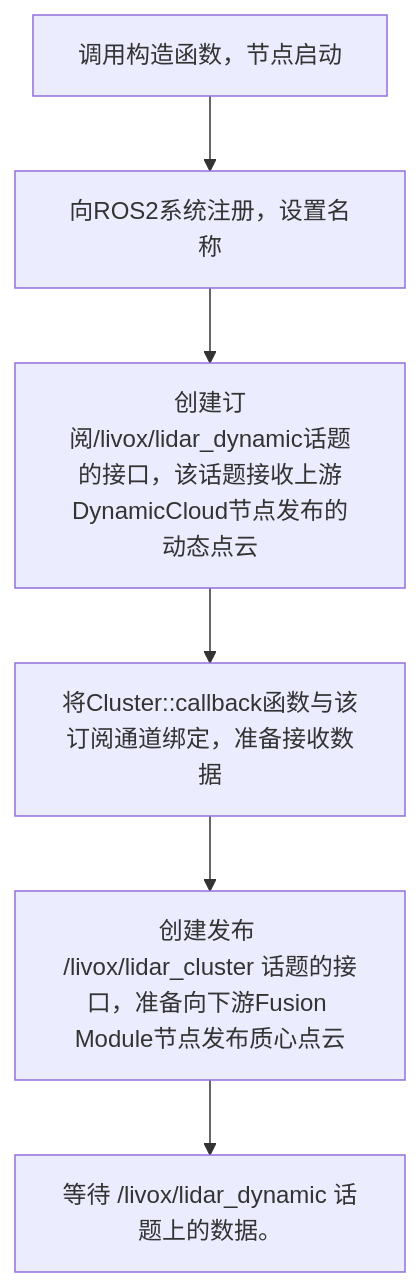
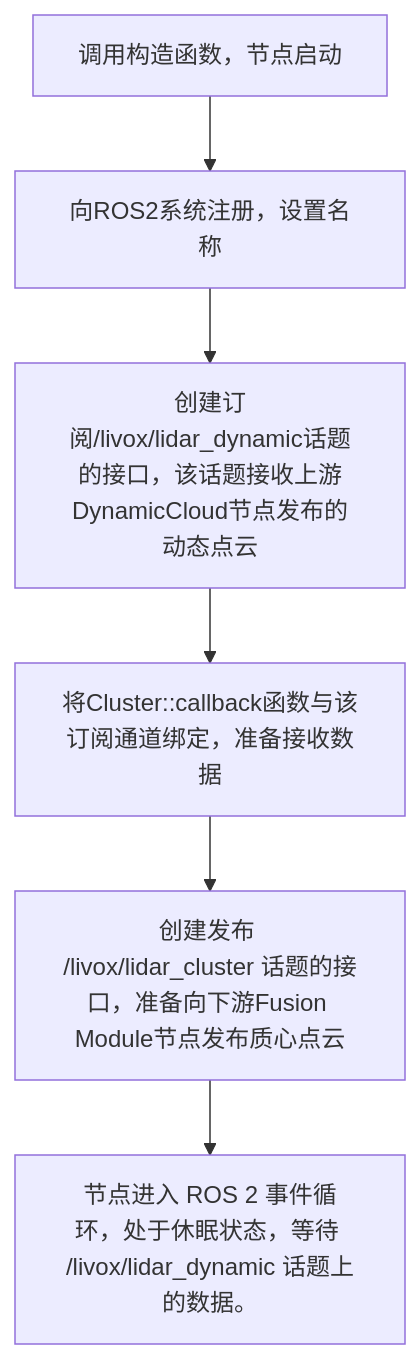
One commit to Aurovora/SRM_code changed the second of 3 diagrams in 雷达/TDTcode.md. Above: the diagram before and after it, drawn with Mermaid. The commit also changed other lines of this file, not shown here.

````diff
--- a/雷达/TDTcode.md
+++ b/雷达/TDTcode.md
@@ -13,8 +29,8 @@
 ```mermaid
 graph TD
     A[调用构造函数，节点启动] --> B[向ROS2系统注册，设置名称]
     B --> C[创建订阅/livox/lidar_dynamic话题的接口，该话题接收上游DynamicCloud节点发布的动态点云]
     C --> D[将Cluster::callback函数与该订阅通道绑定，准备接收数据]
     D --> E[创建发布 /livox/lidar_cluster 话题的接口，准备向下游Fusion Module节点发布质心点云]
-    E --> F[等待 /livox/lidar_dynamic 话题上的数据。]
+    E --> F[节点进入 ROS 2 事件循环，处于休眠状态，等待 /livox/lidar_dynamic 话题上的数据。]
 ```
````
